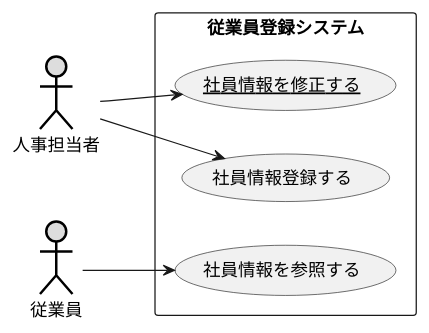
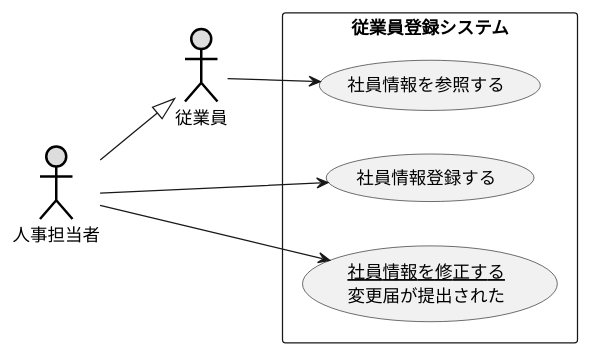
The diagram in 演習2-6_盛岡システム_従業員登録システム.pu (mimoza126/uml-introduction), drawn with PlantUML before and after one commit.

Commit message:
修正

```diff
--- a/演習2-6_盛岡システム_従業員登録システム.pu
+++ b/演習2-6_盛岡システム_従業員登録システム.pu
@@ -1,13 +1,14 @@
 @startuml ユースケース図
 left to right direction
 actor 人事担当者 #DDDDDD;line:black;line.bold;
 actor 従業員 #DDDDDD;line:black;line.bold;
 rectangle 従業員登録システム{
     usecase 社員情報を参照する 
     usecase 社員情報登録する 
-    usecase (<u>社員情報を修正する</u>) as input
+    usecase (<u>社員情報を修正する</u>\n変更届が提出された) as input
 }
 従業員 --> 社員情報を参照する
 人事担当者--> input
 人事担当者 --> 社員情報登録する
+人事担当者 --|> 従業員
 @enduml
```
